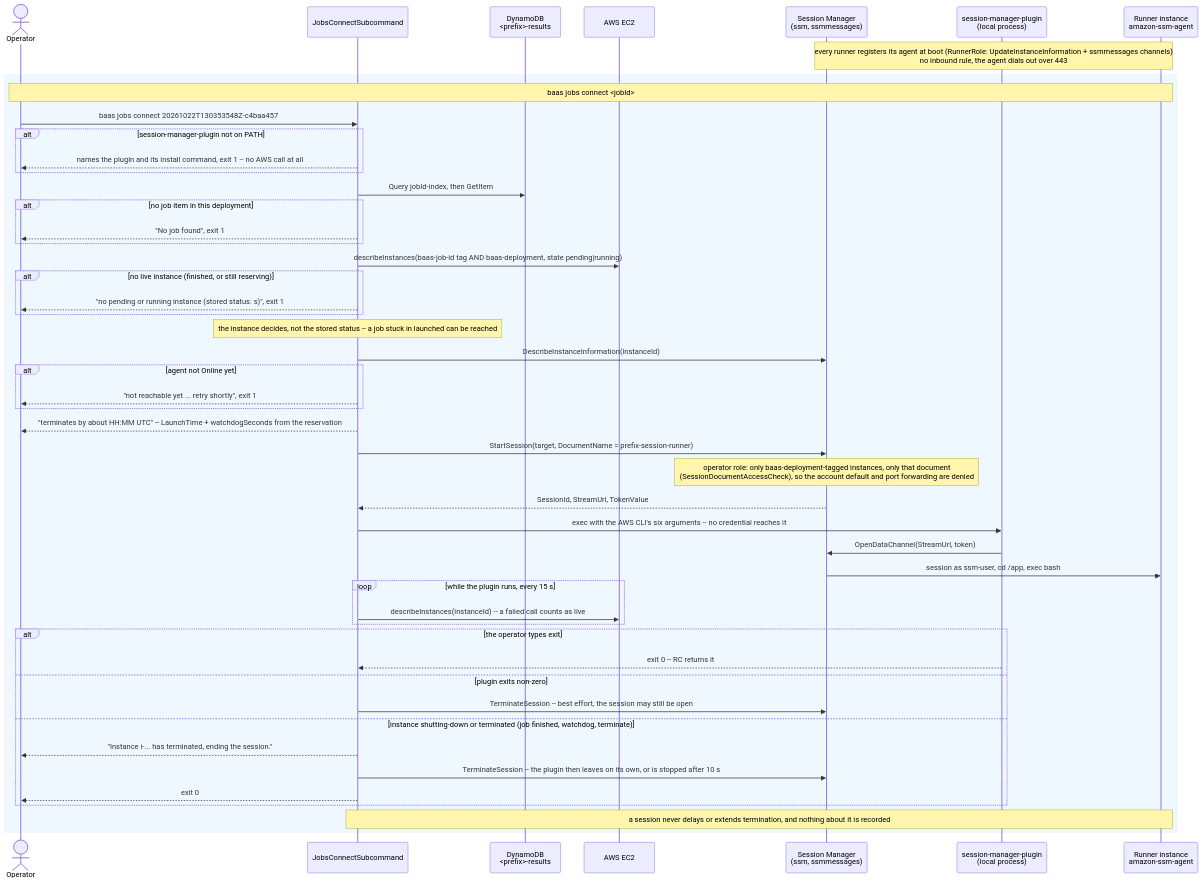
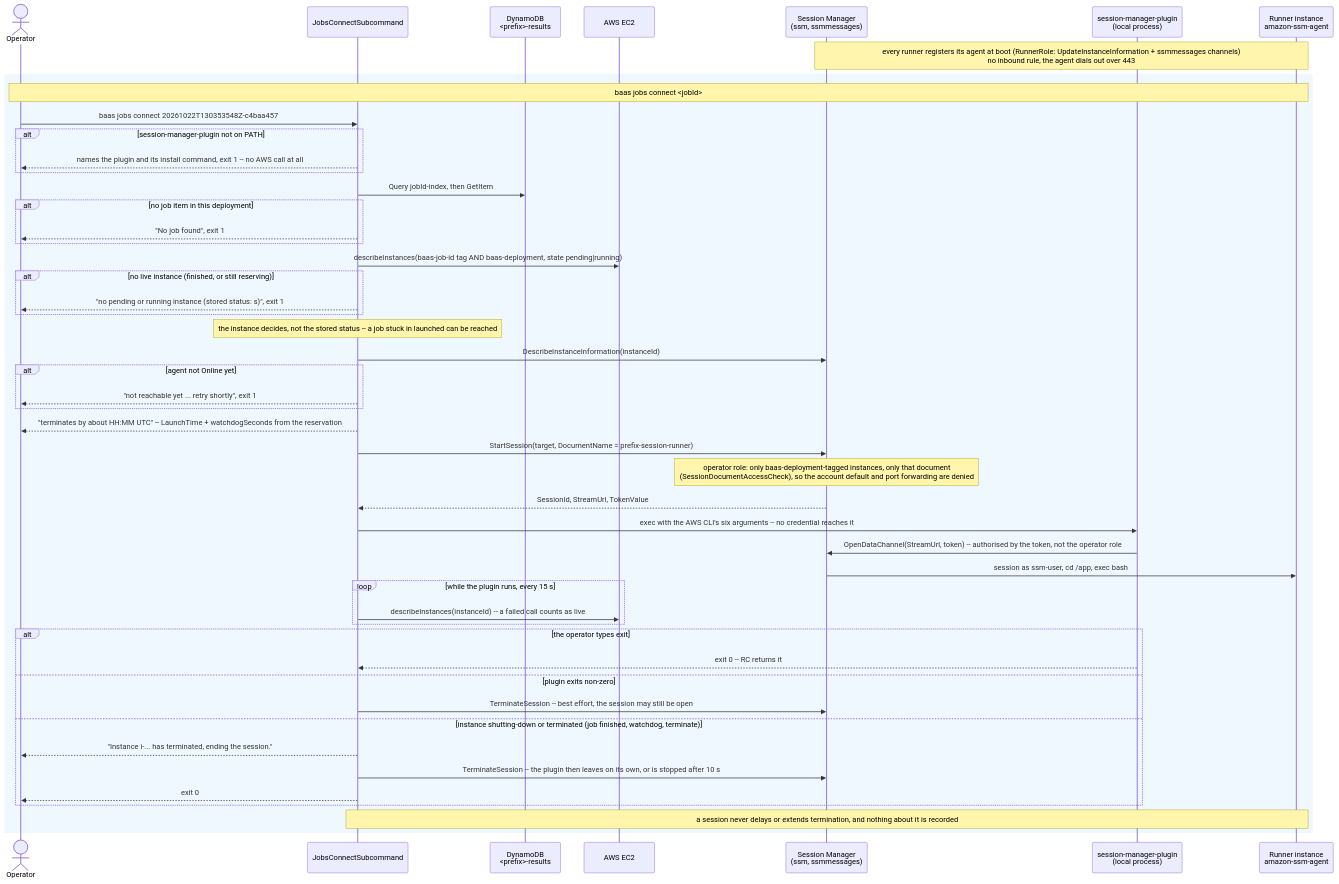
One commit to wsztajerowski/benchmark-as-a-service changed the diagram in docs/diagrams/baas-jobs-connect.mmd. Above: the diagram before and after it, drawn with Mermaid. The commit also changed 6 other files, not shown here.

First line of the commit message:
fix(infra): drop the operator's OpenDataChannel grant, which allowed nothing

```diff
--- a/docs/diagrams/baas-jobs-connect.mmd
+++ b/docs/diagrams/baas-jobs-connect.mmd
@@ -1,51 +1,51 @@
 sequenceDiagram
     actor User as Operator
     participant RC as JobsConnectSubcommand
     participant DDB as DynamoDB<br/><prefix>-results
     participant EC2 as AWS EC2
     participant SSM as Session Manager<br/>(ssm, ssmmessages)
     participant PL as session-manager-plugin<br/>(local process)
     participant R as Runner instance<br/>amazon-ssm-agent
 
     Note over R,SSM: every runner registers its agent at boot (RunnerRole: UpdateInstanceInformation + ssmmessages channels)<br/>no inbound rule, the agent dials out over 443
 
     rect rgb(240, 248, 255)
         Note over User,R: baas jobs connect <jobId>
         User->>RC: baas jobs connect 20261022T130353548Z-c4baa457
         alt session-manager-plugin not on PATH
             RC-->>User: names the plugin and its install command, exit 1 -- no AWS call at all
         end
         RC->>DDB: Query jobId-index, then GetItem
         alt no job item in this deployment
             RC-->>User: "No job found", exit 1
         end
         RC->>EC2: describeInstances(baas-job-id tag AND baas-deployment, state pending|running)
         alt no live instance (finished, or still reserving)
             RC-->>User: "no pending or running instance (stored status: s)", exit 1
         end
         Note over RC: the instance decides, not the stored status -- a job stuck in launched can be reached
         RC->>SSM: DescribeInstanceInformation(instanceId)
         alt agent not Online yet
             RC-->>User: "not reachable yet ... retry shortly", exit 1
         end
         RC-->>User: "terminates by about HH:MM UTC" -- LaunchTime + watchdogSeconds from the reservation
         RC->>SSM: StartSession(target, DocumentName = prefix-session-runner)
         Note over SSM: operator role: only baas-deployment-tagged instances, only that document<br/>(SessionDocumentAccessCheck), so the account default and port forwarding are denied
         SSM-->>RC: SessionId, StreamUrl, TokenValue
         RC->>PL: exec with the AWS CLI's six arguments -- no credential reaches it
-        PL->>SSM: OpenDataChannel(StreamUrl, token)
+        PL->>SSM: OpenDataChannel(StreamUrl, token) -- authorised by the token, not the operator role
         SSM->>R: session as ssm-user, cd /app, exec bash
         loop while the plugin runs, every 15 s
             RC->>EC2: describeInstances(instanceId) -- a failed call counts as live
         end
         alt the operator types exit
             PL-->>RC: exit 0 -- RC returns it
         else plugin exits non-zero
             RC->>SSM: TerminateSession -- best effort, the session may still be open
         else instance shutting-down or terminated (job finished, watchdog, terminate)
             RC-->>User: "Instance i-... has terminated, ending the session."
             RC->>SSM: TerminateSession -- the plugin then leaves on its own, or is stopped after 10 s
             RC-->>User: exit 0
         end
         Note over RC,R: a session never delays or extends termination, and nothing about it is recorded
     end
```
